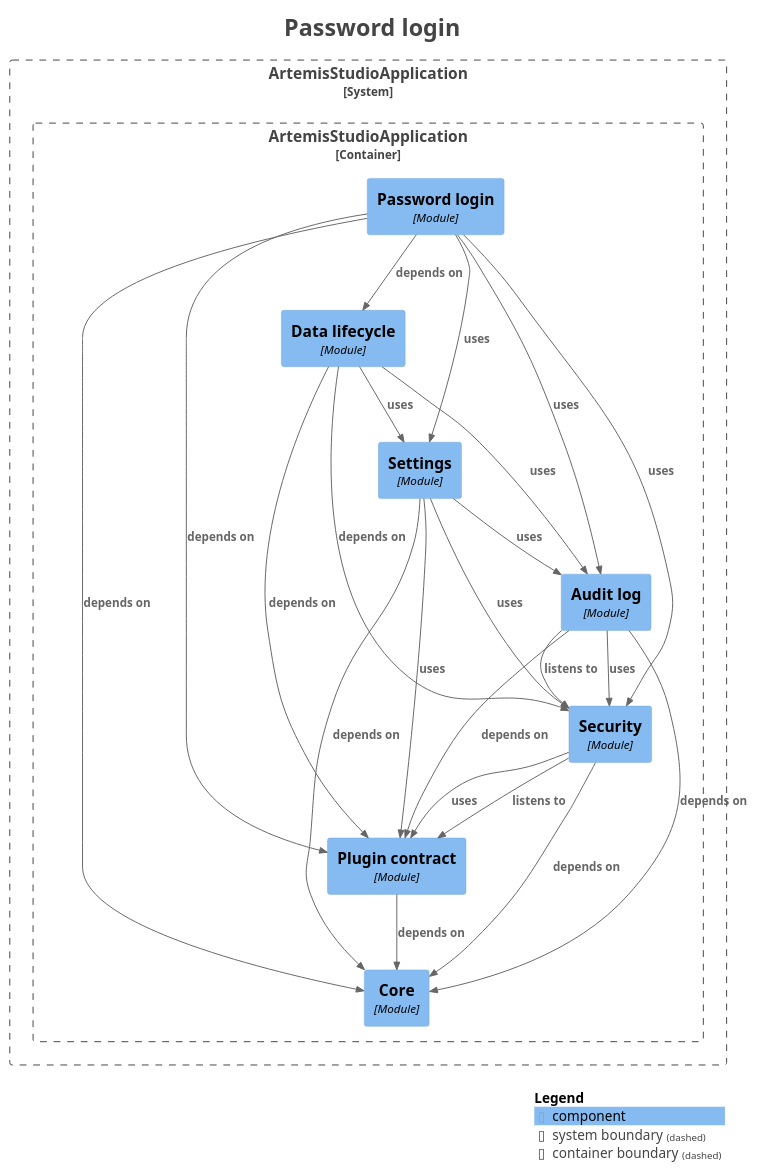
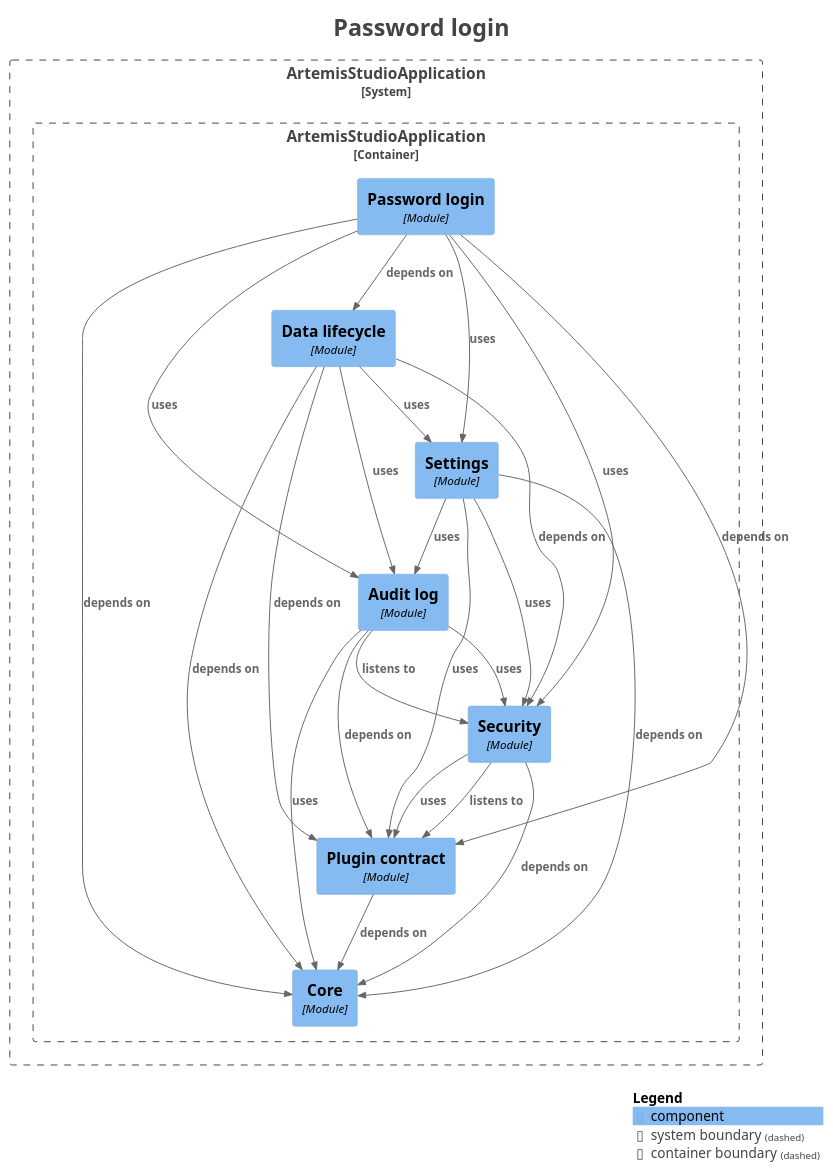
The diagram in docs/modules/module-feature.identitylocal.puml (sudoitir/artemis-studio), drawn with PlantUML before and after one commit. The commit also changed 498 other files, not shown here.

```diff
--- a/docs/modules/module-feature.identitylocal.puml
+++ b/docs/modules/module-feature.identitylocal.puml
@@ -1,56 +1,57 @@
 @startuml
 title <size:24>Password login</size>
 
 set separator none
 top to bottom direction
 
 <style>
   root {
     BackgroundColor: #ffffff
     FontColor: #444444
   }
 </style>
 
 !include <C4/C4>
 !include <C4/C4_Context>
 !include <C4/C4_Component>
 
 System_Boundary("ArtemisStudioApplication_boundary", "ArtemisStudioApplication", $tags="") {
   Container_Boundary("ArtemisStudioApplication.ArtemisStudioApplication_boundary", "ArtemisStudioApplication", $tags="") {
     Component(ArtemisStudioApplication.ArtemisStudioApplication.Auditlog, "Audit log", $techn="Module", $descr="", $tags="", $link="")
     Component(ArtemisStudioApplication.ArtemisStudioApplication.Core, "Core", $techn="Module", $descr="", $tags="", $link="")
     Component(ArtemisStudioApplication.ArtemisStudioApplication.Datalifecycle, "Data lifecycle", $techn="Module", $descr="", $tags="", $link="")
     Component(ArtemisStudioApplication.ArtemisStudioApplication.Passwordlogin, "Password login", $techn="Module", $descr="", $tags="", $link="")
     Component(ArtemisStudioApplication.ArtemisStudioApplication.Plugincontract, "Plugin contract", $techn="Module", $descr="", $tags="", $link="")
     Component(ArtemisStudioApplication.ArtemisStudioApplication.Security, "Security", $techn="Module", $descr="", $tags="", $link="")
     Component(ArtemisStudioApplication.ArtemisStudioApplication.Settings, "Settings", $techn="Module", $descr="", $tags="", $link="")
   }
 
 }
 
-Rel(ArtemisStudioApplication.ArtemisStudioApplication.Auditlog, ArtemisStudioApplication.ArtemisStudioApplication.Core, "depends on", $techn="", $tags="", $link="")
+Rel(ArtemisStudioApplication.ArtemisStudioApplication.Auditlog, ArtemisStudioApplication.ArtemisStudioApplication.Core, "uses", $techn="", $tags="", $link="")
 Rel(ArtemisStudioApplication.ArtemisStudioApplication.Auditlog, ArtemisStudioApplication.ArtemisStudioApplication.Plugincontract, "depends on", $techn="", $tags="", $link="")
 Rel(ArtemisStudioApplication.ArtemisStudioApplication.Auditlog, ArtemisStudioApplication.ArtemisStudioApplication.Security, "listens to", $techn="", $tags="", $link="")
 Rel(ArtemisStudioApplication.ArtemisStudioApplication.Auditlog, ArtemisStudioApplication.ArtemisStudioApplication.Security, "uses", $techn="", $tags="", $link="")
 Rel(ArtemisStudioApplication.ArtemisStudioApplication.Datalifecycle, ArtemisStudioApplication.ArtemisStudioApplication.Auditlog, "uses", $techn="", $tags="", $link="")
+Rel(ArtemisStudioApplication.ArtemisStudioApplication.Datalifecycle, ArtemisStudioApplication.ArtemisStudioApplication.Core, "depends on", $techn="", $tags="", $link="")
 Rel(ArtemisStudioApplication.ArtemisStudioApplication.Datalifecycle, ArtemisStudioApplication.ArtemisStudioApplication.Plugincontract, "depends on", $techn="", $tags="", $link="")
 Rel(ArtemisStudioApplication.ArtemisStudioApplication.Datalifecycle, ArtemisStudioApplication.ArtemisStudioApplication.Security, "depends on", $techn="", $tags="", $link="")
 Rel(ArtemisStudioApplication.ArtemisStudioApplication.Datalifecycle, ArtemisStudioApplication.ArtemisStudioApplication.Settings, "uses", $techn="", $tags="", $link="")
 Rel(ArtemisStudioApplication.ArtemisStudioApplication.Passwordlogin, ArtemisStudioApplication.ArtemisStudioApplication.Auditlog, "uses", $techn="", $tags="", $link="")
 Rel(ArtemisStudioApplication.ArtemisStudioApplication.Passwordlogin, ArtemisStudioApplication.ArtemisStudioApplication.Core, "depends on", $techn="", $tags="", $link="")
 Rel(ArtemisStudioApplication.ArtemisStudioApplication.Passwordlogin, ArtemisStudioApplication.ArtemisStudioApplication.Datalifecycle, "depends on", $techn="", $tags="", $link="")
 Rel(ArtemisStudioApplication.ArtemisStudioApplication.Passwordlogin, ArtemisStudioApplication.ArtemisStudioApplication.Plugincontract, "depends on", $techn="", $tags="", $link="")
 Rel(ArtemisStudioApplication.ArtemisStudioApplication.Passwordlogin, ArtemisStudioApplication.ArtemisStudioApplication.Security, "uses", $techn="", $tags="", $link="")
 Rel(ArtemisStudioApplication.ArtemisStudioApplication.Passwordlogin, ArtemisStudioApplication.ArtemisStudioApplication.Settings, "uses", $techn="", $tags="", $link="")
 Rel(ArtemisStudioApplication.ArtemisStudioApplication.Plugincontract, ArtemisStudioApplication.ArtemisStudioApplication.Core, "depends on", $techn="", $tags="", $link="")
 Rel(ArtemisStudioApplication.ArtemisStudioApplication.Security, ArtemisStudioApplication.ArtemisStudioApplication.Core, "depends on", $techn="", $tags="", $link="")
 Rel(ArtemisStudioApplication.ArtemisStudioApplication.Security, ArtemisStudioApplication.ArtemisStudioApplication.Plugincontract, "listens to", $techn="", $tags="", $link="")
 Rel(ArtemisStudioApplication.ArtemisStudioApplication.Security, ArtemisStudioApplication.ArtemisStudioApplication.Plugincontract, "uses", $techn="", $tags="", $link="")
 Rel(ArtemisStudioApplication.ArtemisStudioApplication.Settings, ArtemisStudioApplication.ArtemisStudioApplication.Auditlog, "uses", $techn="", $tags="", $link="")
 Rel(ArtemisStudioApplication.ArtemisStudioApplication.Settings, ArtemisStudioApplication.ArtemisStudioApplication.Core, "depends on", $techn="", $tags="", $link="")
 Rel(ArtemisStudioApplication.ArtemisStudioApplication.Settings, ArtemisStudioApplication.ArtemisStudioApplication.Plugincontract, "uses", $techn="", $tags="", $link="")
 Rel(ArtemisStudioApplication.ArtemisStudioApplication.Settings, ArtemisStudioApplication.ArtemisStudioApplication.Security, "uses", $techn="", $tags="", $link="")
 
 SHOW_LEGEND(true)
 hide stereotypes
 @enduml
```
